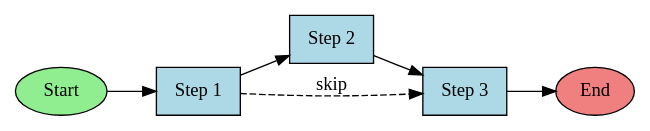
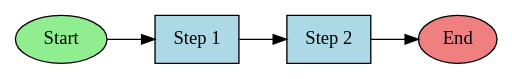
One commit to hubo1989/Medit changed the fifth of 6 diagrams in test/test.md. Above: the diagram before and after it, drawn with Graphviz. The commit also changed other lines of this file and 12 other files, not shown here.

````diff
--- a/test/test.md
+++ b/test/test.md
@@ -1289,12 +470,11 @@
 ```dot
 digraph G {
     rankdir=LR;
     node [shape=box, style=filled, fillcolor=lightblue];
     
     Start [shape=ellipse, fillcolor=lightgreen];
     End [shape=ellipse, fillcolor=lightcoral];
     
-    Start -> "Step 1" -> "Step 2" -> "Step 3" -> End;
-    "Step 1" -> "Step 3" [style=dashed, label="skip"];
+    Start -> "Step 1" -> "Step 2" -> End;
 }
 ```
````
